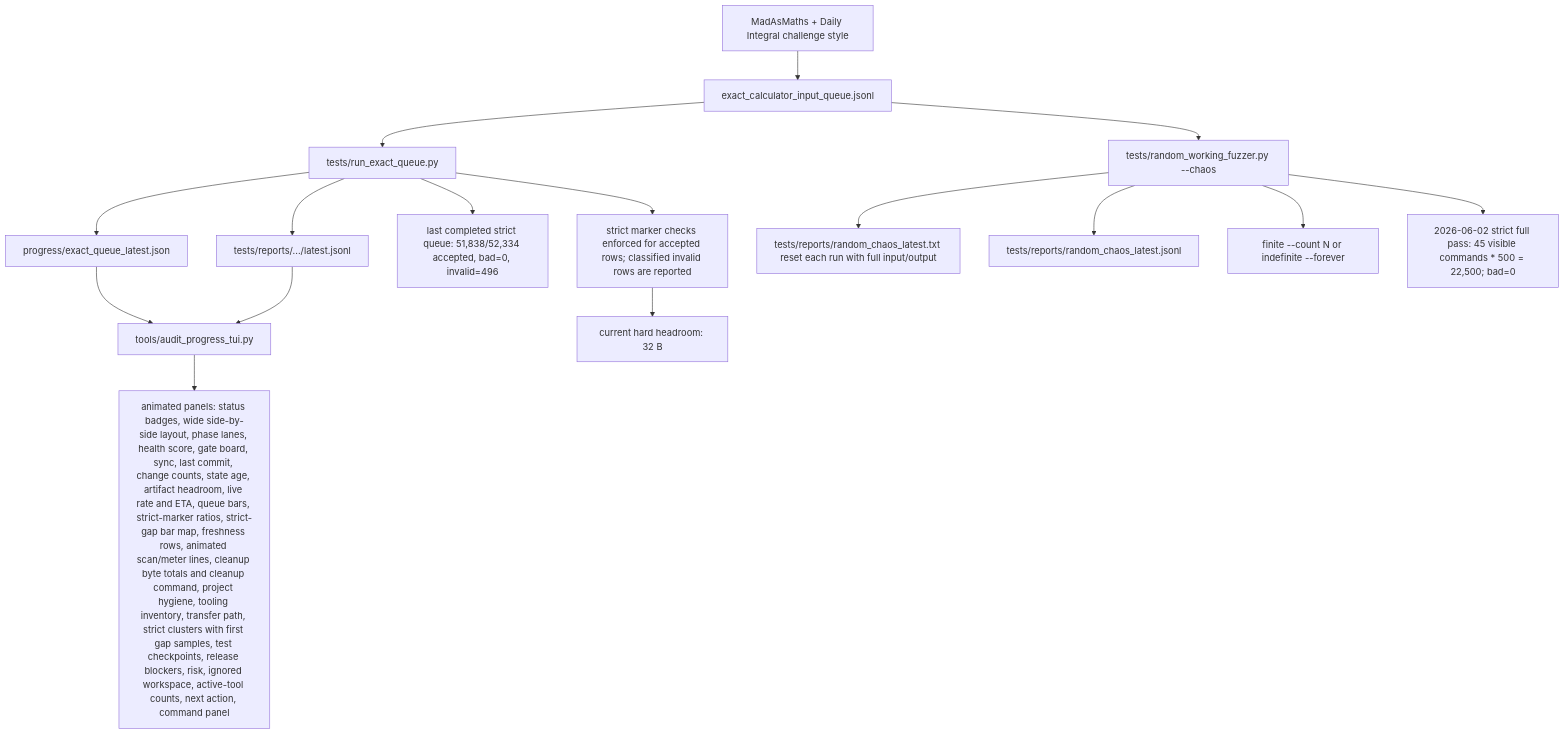
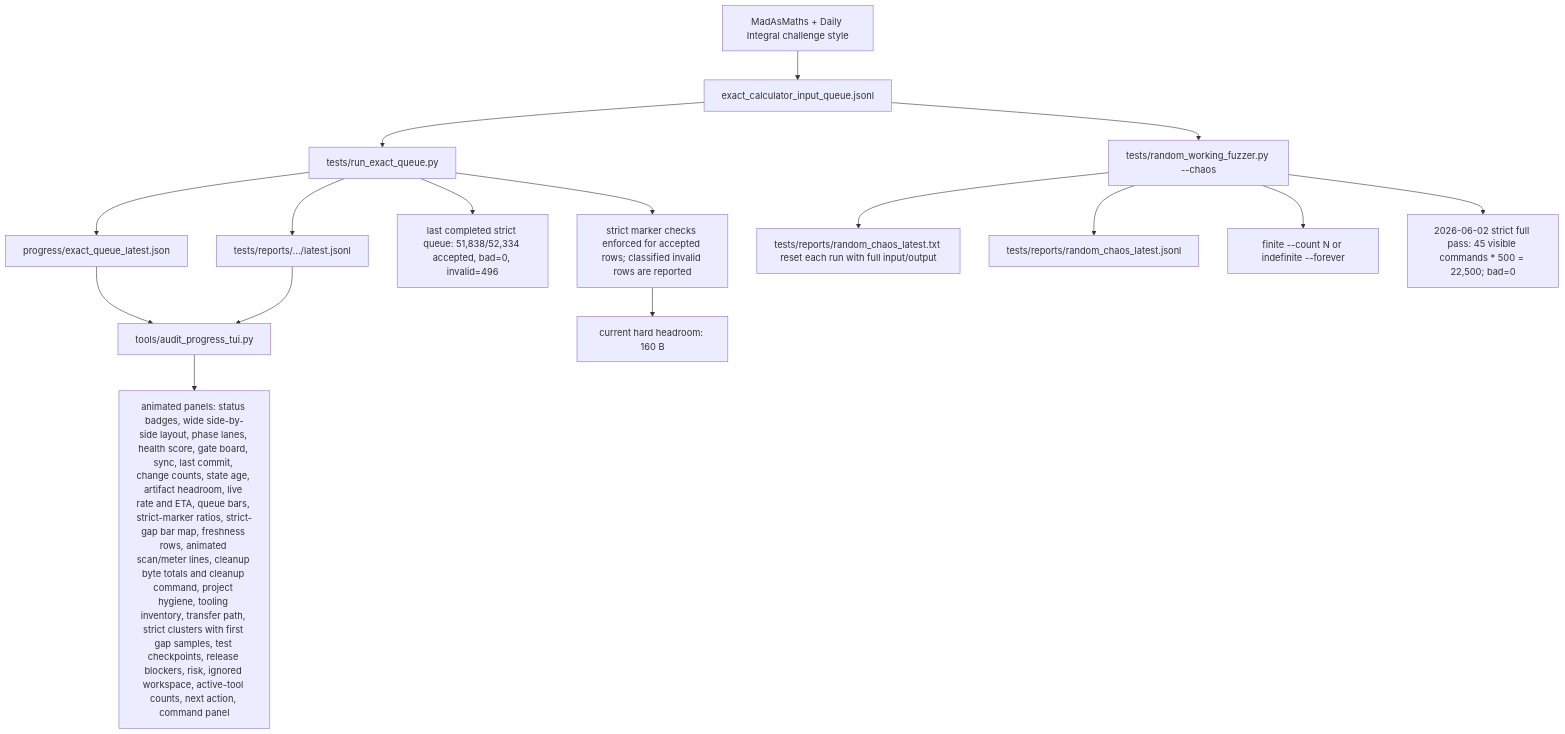
Before and after one commit to james8464/notes-addin-casio-fx-cg50: the sixth of 7 diagrams in docs/GRAPH.md, drawn with Mermaid. The commit also changed other lines of this file and 4 other files, not shown here.

````diff
--- a/docs/GRAPH.md
+++ b/docs/GRAPH.md
@@ -84,18 +84,18 @@
 ```mermaid
 graph TD
   Online["MadAsMaths + Daily Integral challenge style"] --> Queue["exact_calculator_input_queue.jsonl"]
   Queue --> Runner["tests/run_exact_queue.py"]
   Runner --> Live["progress/exact_queue_latest.json"]
   Runner --> Report["tests/reports/.../latest.jsonl"]
   Live --> TUI["tools/audit_progress_tui.py"]
   Report --> TUI
   Queue --> Chaos["tests/random_working_fuzzer.py --chaos"]
   Chaos --> Transcript["tests/reports/random_chaos_latest.txt reset each run with full input/output"]
   Chaos --> FuzzReport["tests/reports/random_chaos_latest.jsonl"]
   Chaos --> Modes["finite --count N or indefinite --forever"]
   Chaos --> FinalStrict["2026-06-02 strict full pass: 45 visible commands * 500 = 22,500; bad=0"]
   TUI --> Panels["animated panels: status badges, wide side-by-side layout, phase lanes, health score, gate board, sync, last commit, change counts, state age, artifact headroom, live rate and ETA, queue bars, strict-marker ratios, strict-gap bar map, freshness rows, animated scan/meter lines, cleanup byte totals and cleanup command, project hygiene, tooling inventory, transfer path, strict clusters with first gap samples, test checkpoints, release blockers, risk, ignored workspace, active-tool counts, next action, command panel"]
   Runner --> Runtime["last completed strict queue: 51,838/52,334 accepted, bad=0, invalid=496"]
   Runner --> Strict["strict marker checks enforced for accepted rows; classified invalid rows are reported"]
-  Strict --> Remaining["current hard headroom: 32 B"]
+  Strict --> Remaining["current hard headroom: 160 B"]
 ```
````
